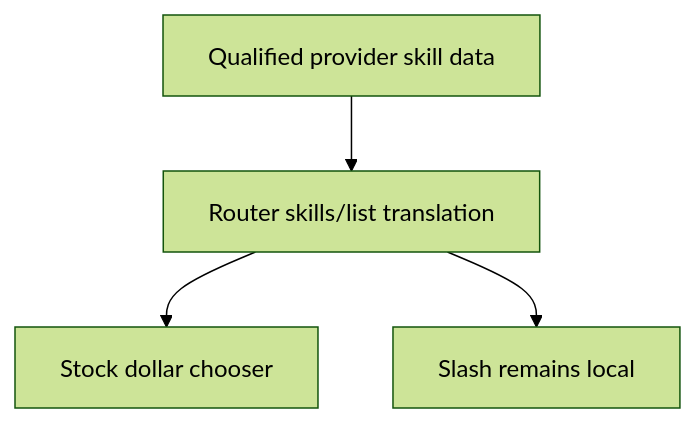
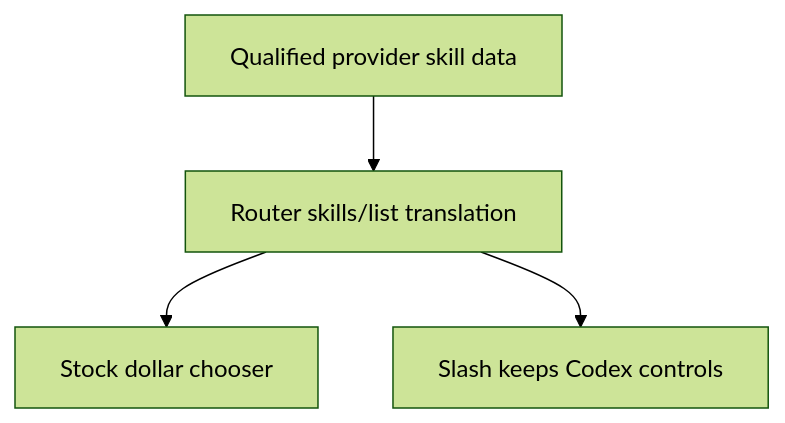
The fourth of 6 diagrams in docs/specs/2026-10-26-acp-provider-menus/program-design/overview.md (agent-collaboration/agent-collaboration), drawn with Mermaid (forest theme) before and after one commit. The commit also changed other lines of this file and 1 other file, not shown here.

Commit message:
Clarify stock slash-menu service-tier boundary

````diff
--- a/docs/specs/2026-10-26-acp-provider-menus/program-design/overview.md
+++ b/docs/specs/2026-10-26-acp-provider-menus/program-design/overview.md
@@ -41,6 +57,6 @@
 ```mermaid
 flowchart TD
   P[Qualified provider skill data] --> R[Router skills/list translation]
   R --> K[Stock dollar chooser]
-  R --> S[Slash remains local]
+  R --> S[Slash keeps Codex controls]
 ```
````
